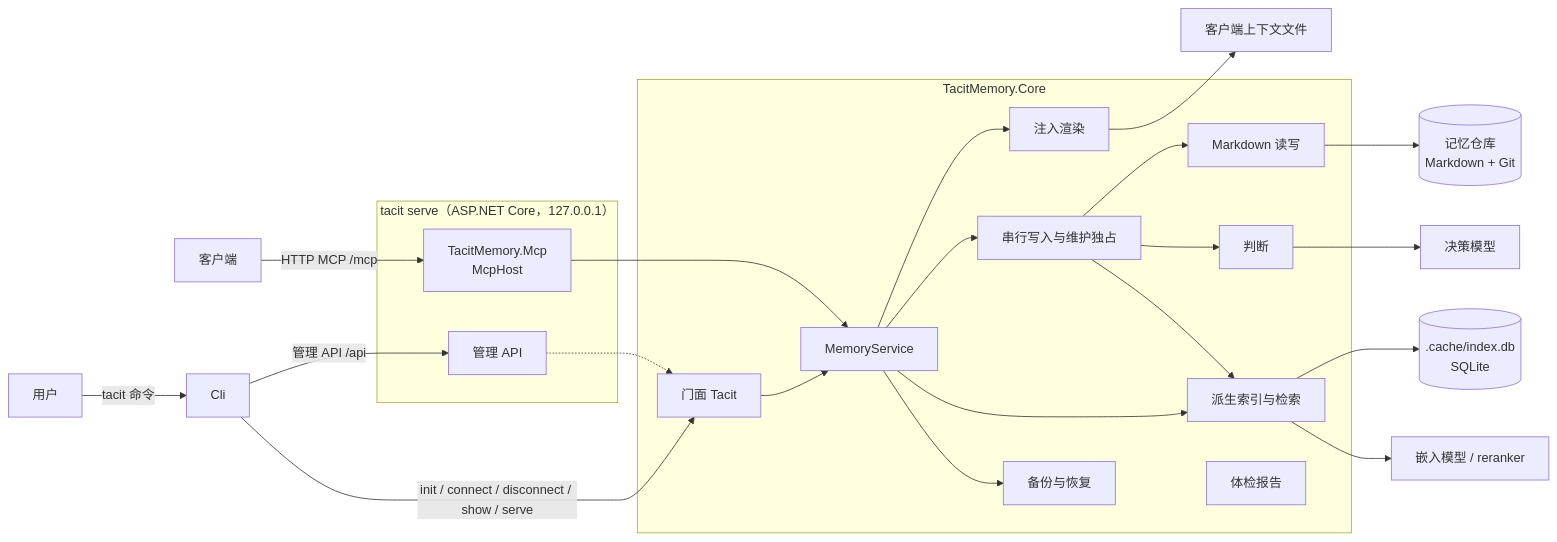
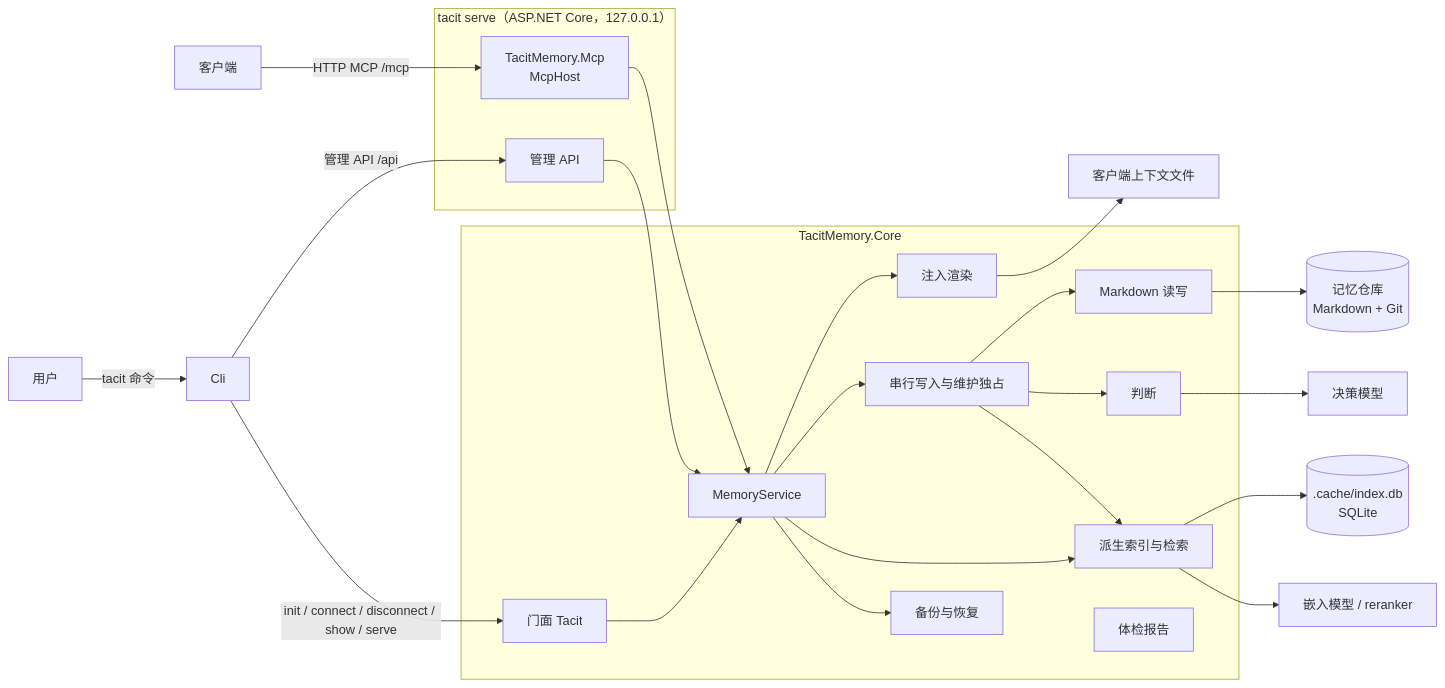
Before and after one commit to kearril/tacit-memory: the diagram in docs/architecture.md, drawn with Mermaid. The commit also changed other lines of this file and 4 other files, not shown here.

Commit message:
docs: align architecture, design, testing, glossary and README with the code

````diff
--- a/docs/architecture.md
+++ b/docs/architecture.md
@@ -11,37 +11,37 @@
 ```mermaid
 flowchart LR
     Client[客户端] -->|HTTP MCP /mcp| Mcp
     User[用户] -->|tacit 命令| Cli
     Cli -->|管理 API /api| Admin
     subgraph Host["tacit serve（ASP.NET Core，127.0.0.1）"]
         Mcp[TacitMemory.Mcp<br>McpHost]
         Admin[管理 API]
     end
     Cli -->|init / connect / disconnect / show / serve| Facade
     Mcp --> Service
-    Admin -.-> Facade
+    Admin --> Service
     subgraph Core["TacitMemory.Core"]
         Facade[门面 Tacit]
         Service[MemoryService]
         Writer[串行写入与维护独占]
         Store[Markdown 读写]
         Index[派生索引与检索]
         Judge[判断]
         Inject[注入渲染]
         Checkup[体检报告]
         Backup[备份与恢复]
     end
     Facade --> Service
     Service --> Inject
     Service --> Writer
     Service --> Index
     Service --> Backup
     Writer --> Store
     Writer --> Judge
     Writer --> Index
     Store --> Repo[(记忆仓库<br>Markdown + Git)]
     Index --> Db[(.cache/index.db<br>SQLite)]
     Index --> Aux[嵌入模型 / reranker]
     Judge --> Decision[决策模型]
     Inject --> Files[客户端上下文文件]
 ```
````
